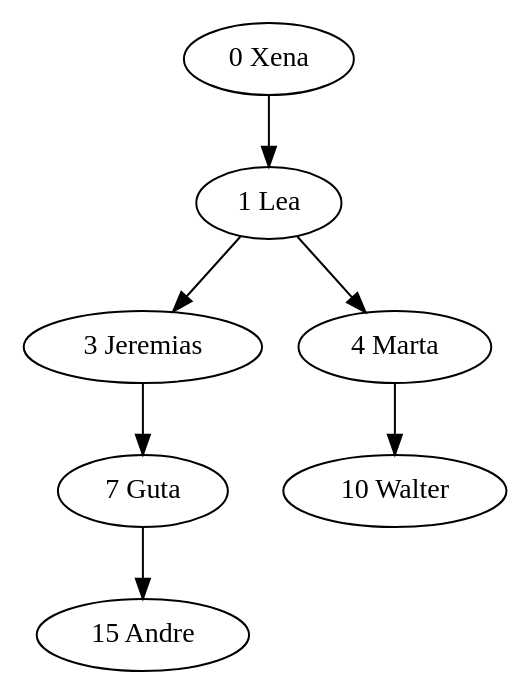
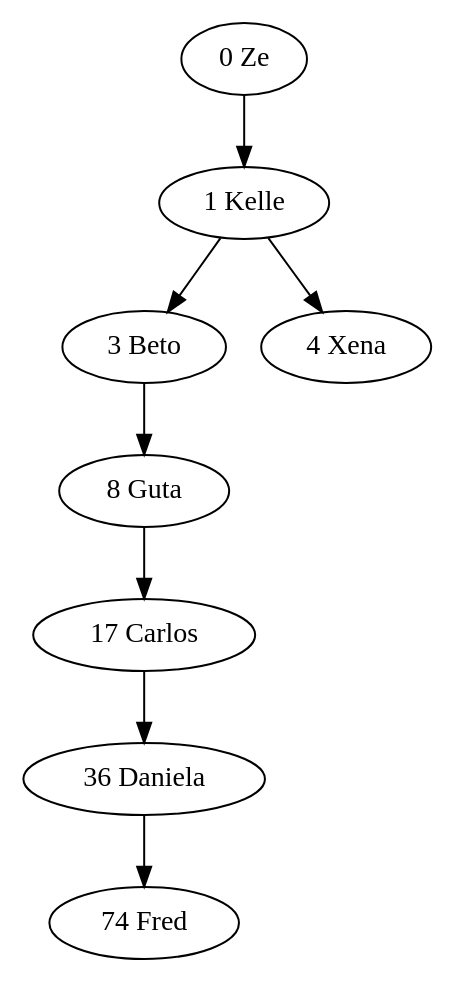
The diagram in abb.dot (LuisHenriique/BinaryTree), drawn with Graphviz before and after one commit. The commit also changed 16 other files, not shown here.

```diff
--- a/abb.dot
+++ b/abb.dot
@@ -1,8 +1,9 @@
 digraph {
-"0 Xena" ->"1 Lea"
-"1 Lea" ->"3 Jeremias"
-"1 Lea" ->"4 Marta"
-"3 Jeremias" ->"7 Guta"
-"4 Marta" ->"10 Walter"
-"7 Guta" ->"15 Andre"
+"0 Ze" ->"1 Kelle"
+"1 Kelle" ->"3 Beto"
+"1 Kelle" ->"4 Xena"
+"3 Beto" ->"8 Guta"
+"8 Guta" ->"17 Carlos"
+"17 Carlos" ->"36 Daniela"
+"36 Daniela" ->"74 Fred"
 }
```
